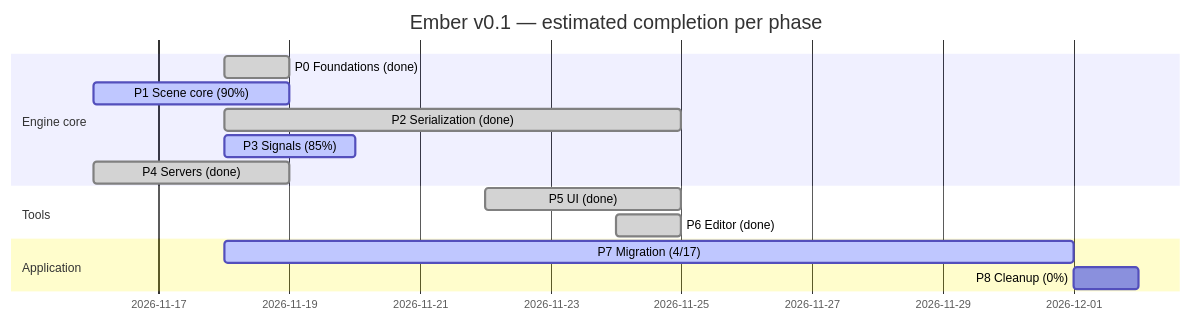
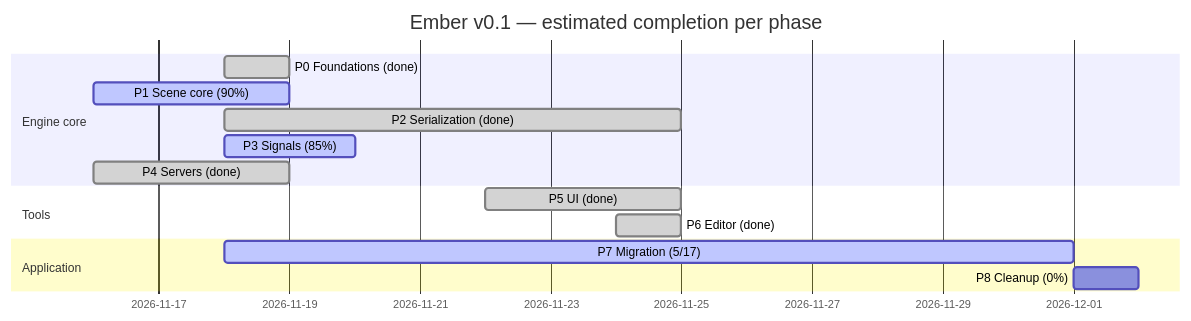
Before and after one commit to titouanthd/ember: the diagram in ember-vault/60 Progress/Roadmap Tracker.md, drawn with Mermaid. The commit also changed other lines of this file and 3 other files, not shown here.

First line of the commit message:
doc(vault-roadmap): Record the Minesweeper migration

````diff
--- a/ember-vault/60 Progress/Roadmap Tracker.md
+++ b/ember-vault/60 Progress/Roadmap Tracker.md
@@ -11,17 +11,17 @@
 ```mermaid
 gantt
   dateFormat YYYY-MM-DD
   title Ember v0.1 — estimated completion per phase
   section Engine core
   P0 Foundations (done)  :done, p0, 2026-11-18, 1d
   P1 Scene core (90%)    :active, p1, 2026-11-16, 3d
   P2 Serialization (done):done, p2, 2026-11-18, 7d
   P3 Signals (85%)       :active, p3, 2026-11-18, 2d
   P4 Servers (done)      :done, p4, 2026-11-16, 3d
   section Tools
   P5 UI (done)           :done, p5, 2026-11-22, 3d
   P6 Editor (done)       :done, p6, 2026-11-24, 1d
   section Application
-  P7 Migration (4/17)    :active, p7, 2026-11-18, 13d
+  P7 Migration (5/17)    :active, p7, 2026-11-18, 13d
   P8 Cleanup (0%)        :p8, after p7, 1d
 ```
````
